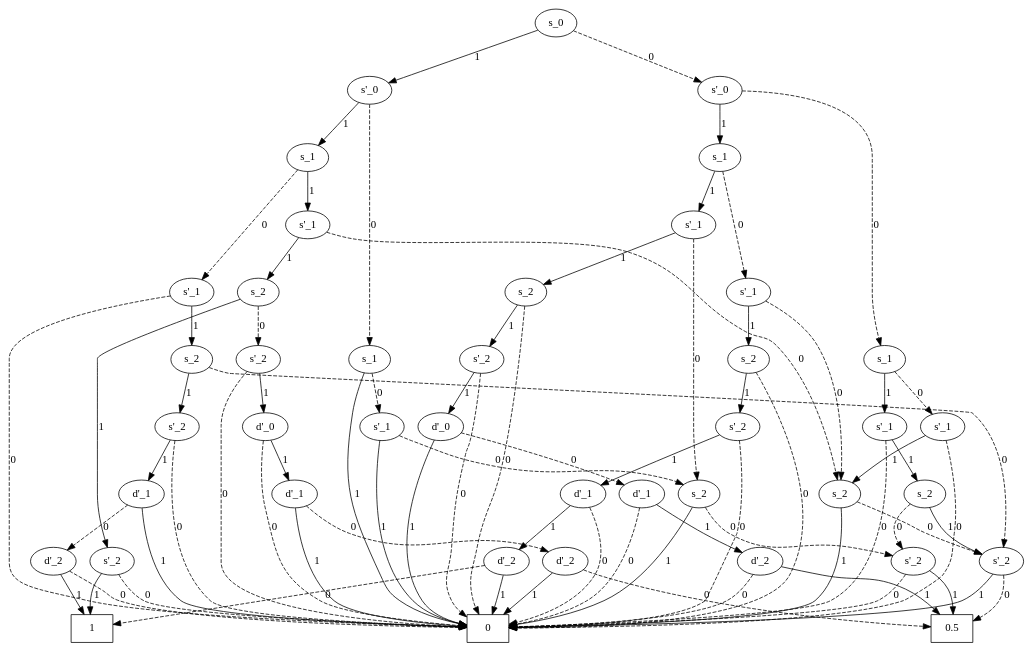
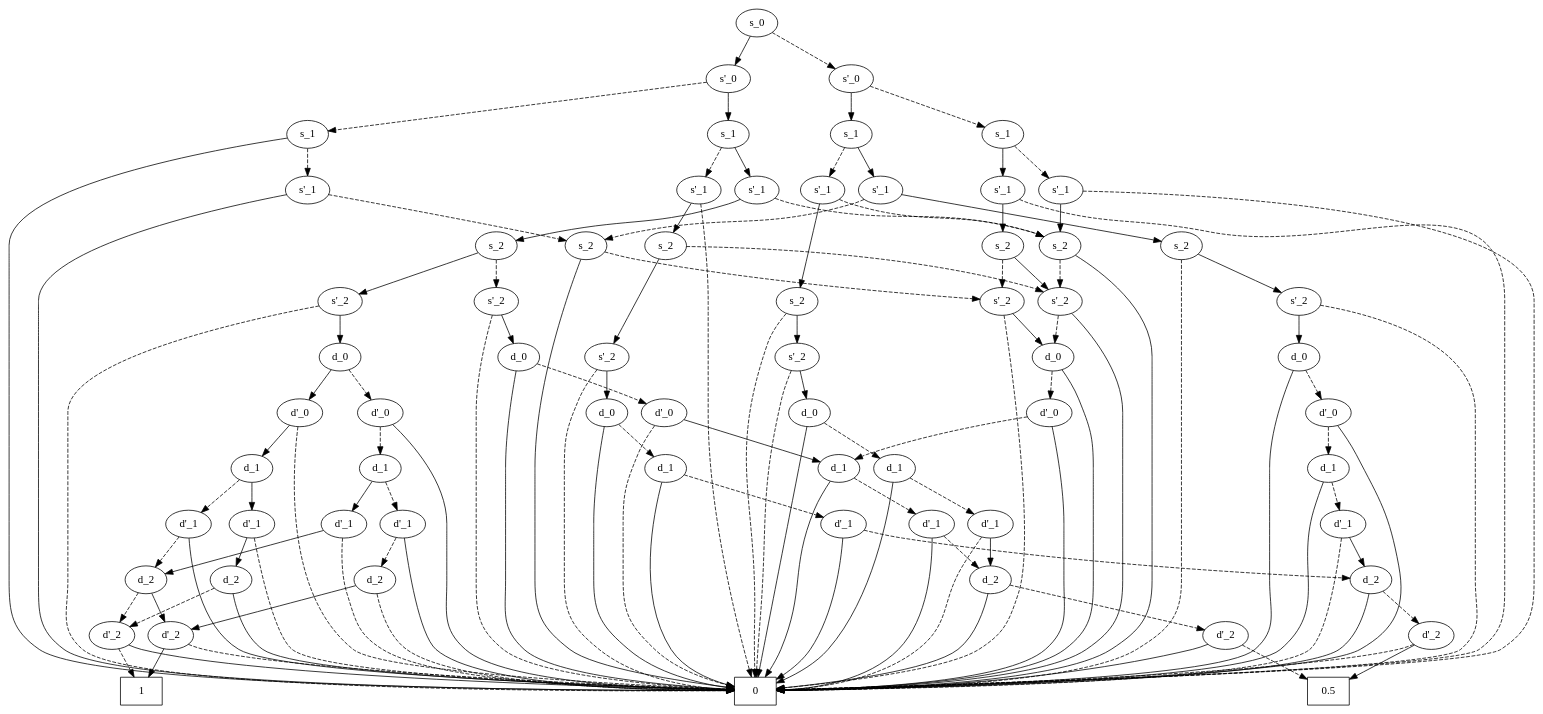
Before and after one commit to BrandonTang89/prism-rs: the diagram in tmp.dot, drawn with Graphviz. The commit also changed 9 other files, not shown here.

```diff
--- a/tmp.dot
+++ b/tmp.dot
@@ -1,120 +1,192 @@
 digraph ADD {
   rankdir=TB;
   n0 [shape=ellipse,label="s_0"];
-  n0 -> n1 [label="1"];
-  n0 -> n2 [label="0",style=dashed];
+  n0 -> n1;
+  n0 -> n2 [style=dashed];
   n1 [shape=ellipse,label="s'_0"];
-  n1 -> n3 [label="1"];
-  n1 -> n4 [label="0",style=dashed];
+  n1 -> n3;
+  n1 -> n4 [style=dashed];
   n3 [shape=ellipse,label="s_1"];
-  n3 -> n5 [label="1"];
-  n3 -> n6 [label="0",style=dashed];
+  n3 -> n5;
+  n3 -> n6 [style=dashed];
   n5 [shape=ellipse,label="s'_1"];
-  n5 -> n7 [label="1"];
-  n5 -> n8 [label="0",style=dashed];
+  n5 -> n7;
+  n5 -> n8 [style=dashed];
   n7 [shape=ellipse,label="s_2"];
-  n7 -> n9 [label="1"];
-  n7 -> n10 [label="0",style=dashed];
+  n7 -> n9;
+  n7 -> n10 [style=dashed];
   n9 [shape=ellipse,label="s'_2"];
-  n9 -> n11 [label="1"];
-  n9 -> n12 [label="0",style=dashed];
-  n11 [shape=box,label="1"];
+  n9 -> n11;
+  n9 -> n12 [style=dashed];
+  n11 [shape=ellipse,label="d_0"];
+  n11 -> n13;
+  n11 -> n14 [style=dashed];
+  n13 [shape=ellipse,label="d'_0"];
+  n13 -> n15;
+  n13 -> n12 [style=dashed];
+  n15 [shape=ellipse,label="d_1"];
+  n15 -> n16;
+  n15 -> n17 [style=dashed];
+  n16 [shape=ellipse,label="d'_1"];
+  n16 -> n18;
+  n16 -> n12 [style=dashed];
+  n18 [shape=ellipse,label="d_2"];
+  n18 -> n12;
+  n18 -> n19 [style=dashed];
   n12 [shape=box,label="0"];
+  n19 [shape=ellipse,label="d'_2"];
+  n19 -> n12;
+  n19 -> n20 [style=dashed];
+  n20 [shape=box,label="1"];
+  n17 [shape=ellipse,label="d'_1"];
+  n17 -> n12;
+  n17 -> n21 [style=dashed];
+  n21 [shape=ellipse,label="d_2"];
+  n21 -> n22;
+  n21 -> n19 [style=dashed];
+  n22 [shape=ellipse,label="d'_2"];
+  n22 -> n20;
+  n22 -> n12 [style=dashed];
+  n14 [shape=ellipse,label="d'_0"];
+  n14 -> n12;
+  n14 -> n23 [style=dashed];
+  n23 [shape=ellipse,label="d_1"];
+  n23 -> n24;
+  n23 -> n25 [style=dashed];
+  n24 [shape=ellipse,label="d'_1"];
+  n24 -> n21;
+  n24 -> n12 [style=dashed];
+  n25 [shape=ellipse,label="d'_1"];
+  n25 -> n12;
+  n25 -> n26 [style=dashed];
+  n26 [shape=ellipse,label="d_2"];
+  n26 -> n22;
+  n26 -> n12 [style=dashed];
   n10 [shape=ellipse,label="s'_2"];
-  n10 -> n13 [label="1"];
-  n10 -> n12 [label="0",style=dashed];
-  n13 [shape=ellipse,label="d'_0"];
-  n13 -> n14 [label="1"];
-  n13 -> n12 [label="0",style=dashed];
-  n14 [shape=ellipse,label="d'_1"];
-  n14 -> n12 [label="1"];
-  n14 -> n15 [label="0",style=dashed];
-  n15 [shape=ellipse,label="d'_2"];
-  n15 -> n12 [label="1"];
-  n15 -> n16 [label="0",style=dashed];
-  n16 [shape=box,label="0.5"];
+  n10 -> n27;
+  n10 -> n12 [style=dashed];
+  n27 [shape=ellipse,label="d_0"];
+  n27 -> n12;
+  n27 -> n28 [style=dashed];
+  n28 [shape=ellipse,label="d'_0"];
+  n28 -> n29;
+  n28 -> n12 [style=dashed];
+  n29 [shape=ellipse,label="d_1"];
+  n29 -> n12;
+  n29 -> n30 [style=dashed];
+  n30 [shape=ellipse,label="d'_1"];
+  n30 -> n12;
+  n30 -> n31 [style=dashed];
+  n31 [shape=ellipse,label="d_2"];
+  n31 -> n12;
+  n31 -> n32 [style=dashed];
+  n32 [shape=ellipse,label="d'_2"];
+  n32 -> n12;
+  n32 -> n33 [style=dashed];
+  n33 [shape=box,label="0.5"];
   n8 [shape=ellipse,label="s_2"];
-  n8 -> n12 [label="1"];
-  n8 -> n17 [label="0",style=dashed];
-  n17 [shape=ellipse,label="s'_2"];
-  n17 -> n12 [label="1"];
-  n17 -> n16 [label="0",style=dashed];
+  n8 -> n12;
+  n8 -> n34 [style=dashed];
+  n34 [shape=ellipse,label="s'_2"];
+  n34 -> n12;
+  n34 -> n35 [style=dashed];
+  n35 [shape=ellipse,label="d_0"];
+  n35 -> n12;
+  n35 -> n36 [style=dashed];
+  n36 [shape=ellipse,label="d'_0"];
+  n36 -> n12;
+  n36 -> n29 [style=dashed];
   n6 [shape=ellipse,label="s'_1"];
-  n6 -> n18 [label="1"];
-  n6 -> n12 [label="0",style=dashed];
-  n18 [shape=ellipse,label="s_2"];
-  n18 -> n19 [label="1"];
-  n18 -> n17 [label="0",style=dashed];
-  n19 [shape=ellipse,label="s'_2"];
-  n19 -> n20 [label="1"];
-  n19 -> n12 [label="0",style=dashed];
-  n20 [shape=ellipse,label="d'_1"];
-  n20 -> n12 [label="1"];
-  n20 -> n21 [label="0",style=dashed];
-  n21 [shape=ellipse,label="d'_2"];
-  n21 -> n11 [label="1"];
-  n21 -> n12 [label="0",style=dashed];
+  n6 -> n37;
+  n6 -> n12 [style=dashed];
+  n37 [shape=ellipse,label="s_2"];
+  n37 -> n38;
+  n37 -> n34 [style=dashed];
+  n38 [shape=ellipse,label="s'_2"];
+  n38 -> n39;
+  n38 -> n12 [style=dashed];
+  n39 [shape=ellipse,label="d_0"];
+  n39 -> n12;
+  n39 -> n40 [style=dashed];
+  n40 [shape=ellipse,label="d_1"];
+  n40 -> n12;
+  n40 -> n41 [style=dashed];
+  n41 [shape=ellipse,label="d'_1"];
+  n41 -> n12;
+  n41 -> n42 [style=dashed];
+  n42 [shape=ellipse,label="d_2"];
+  n42 -> n12;
+  n42 -> n43 [style=dashed];
+  n43 [shape=ellipse,label="d'_2"];
+  n43 -> n33;
+  n43 -> n12 [style=dashed];
   n4 [shape=ellipse,label="s_1"];
-  n4 -> n12 [label="1"];
-  n4 -> n22 [label="0",style=dashed];
-  n22 [shape=ellipse,label="s'_1"];
-  n22 -> n12 [label="1"];
-  n22 -> n23 [label="0",style=dashed];
-  n23 [shape=ellipse,label="s_2"];
-  n23 -> n12 [label="1"];
-  n23 -> n24 [label="0",style=dashed];
-  n24 [shape=ellipse,label="s'_2"];
-  n24 -> n16 [label="1"];
-  n24 -> n12 [label="0",style=dashed];
+  n4 -> n12;
+  n4 -> n44 [style=dashed];
+  n44 [shape=ellipse,label="s'_1"];
+  n44 -> n12;
+  n44 -> n45 [style=dashed];
+  n45 [shape=ellipse,label="s_2"];
+  n45 -> n12;
+  n45 -> n46 [style=dashed];
+  n46 [shape=ellipse,label="s'_2"];
+  n46 -> n35;
+  n46 -> n12 [style=dashed];
   n2 [shape=ellipse,label="s'_0"];
-  n2 -> n25 [label="1"];
-  n2 -> n26 [label="0",style=dashed];
-  n25 [shape=ellipse,label="s_1"];
-  n25 -> n27 [label="1"];
-  n25 -> n28 [label="0",style=dashed];
-  n27 [shape=ellipse,label="s'_1"];
-  n27 -> n29 [label="1"];
-  n27 -> n23 [label="0",style=dashed];
-  n29 [shape=ellipse,label="s_2"];
-  n29 -> n30 [label="1"];
-  n29 -> n12 [label="0",style=dashed];
-  n30 [shape=ellipse,label="s'_2"];
-  n30 -> n31 [label="1"];
-  n30 -> n12 [label="0",style=dashed];
-  n31 [shape=ellipse,label="d'_0"];
-  n31 -> n12 [label="1"];
-  n31 -> n32 [label="0",style=dashed];
-  n32 [shape=ellipse,label="d'_1"];
-  n32 -> n33 [label="1"];
-  n32 -> n12 [label="0",style=dashed];
-  n33 [shape=ellipse,label="d'_2"];
-  n33 -> n16 [label="1"];
-  n33 -> n12 [label="0",style=dashed];
-  n28 [shape=ellipse,label="s'_1"];
-  n28 -> n34 [label="1"];
-  n28 -> n8 [label="0",style=dashed];
-  n34 [shape=ellipse,label="s_2"];
-  n34 -> n35 [label="1"];
-  n34 -> n12 [label="0",style=dashed];
-  n35 [shape=ellipse,label="s'_2"];
-  n35 -> n36 [label="1"];
-  n35 -> n12 [label="0",style=dashed];
-  n36 [shape=ellipse,label="d'_1"];
-  n36 -> n37 [label="1"];
-  n36 -> n12 [label="0",style=dashed];
-  n37 [shape=ellipse,label="d'_2"];
-  n37 -> n12 [label="1"];
-  n37 -> n11 [label="0",style=dashed];
-  n26 [shape=ellipse,label="s_1"];
-  n26 -> n38 [label="1"];
-  n26 -> n39 [label="0",style=dashed];
-  n38 [shape=ellipse,label="s'_1"];
-  n38 -> n40 [label="1"];
-  n38 -> n12 [label="0",style=dashed];
-  n40 [shape=ellipse,label="s_2"];
-  n40 -> n17 [label="1"];
-  n40 -> n24 [label="0",style=dashed];
-  n39 [shape=ellipse,label="s'_1"];
-  n39 -> n8 [label="1"];
-  n39 -> n12 [label="0",style=dashed];
+  n2 -> n47;
+  n2 -> n48 [style=dashed];
+  n47 [shape=ellipse,label="s_1"];
+  n47 -> n49;
+  n47 -> n50 [style=dashed];
+  n49 [shape=ellipse,label="s'_1"];
+  n49 -> n51;
+  n49 -> n45 [style=dashed];
+  n51 [shape=ellipse,label="s_2"];
+  n51 -> n52;
+  n51 -> n12 [style=dashed];
+  n52 [shape=ellipse,label="s'_2"];
+  n52 -> n53;
+  n52 -> n12 [style=dashed];
+  n53 [shape=ellipse,label="d_0"];
+  n53 -> n12;
+  n53 -> n54 [style=dashed];
+  n54 [shape=ellipse,label="d'_0"];
+  n54 -> n12;
+  n54 -> n55 [style=dashed];
+  n55 [shape=ellipse,label="d_1"];
+  n55 -> n12;
+  n55 -> n56 [style=dashed];
+  n56 [shape=ellipse,label="d'_1"];
+  n56 -> n42;
+  n56 -> n12 [style=dashed];
+  n50 [shape=ellipse,label="s'_1"];
+  n50 -> n57;
+  n50 -> n8 [style=dashed];
+  n57 [shape=ellipse,label="s_2"];
+  n57 -> n58;
+  n57 -> n12 [style=dashed];
+  n58 [shape=ellipse,label="s'_2"];
+  n58 -> n59;
+  n58 -> n12 [style=dashed];
+  n59 [shape=ellipse,label="d_0"];
+  n59 -> n12;
+  n59 -> n60 [style=dashed];
+  n60 [shape=ellipse,label="d_1"];
+  n60 -> n12;
+  n60 -> n61 [style=dashed];
+  n61 [shape=ellipse,label="d'_1"];
+  n61 -> n31;
+  n61 -> n12 [style=dashed];
+  n48 [shape=ellipse,label="s_1"];
+  n48 -> n62;
+  n48 -> n63 [style=dashed];
+  n62 [shape=ellipse,label="s'_1"];
+  n62 -> n64;
+  n62 -> n12 [style=dashed];
+  n64 [shape=ellipse,label="s_2"];
+  n64 -> n34;
+  n64 -> n46 [style=dashed];
+  n63 [shape=ellipse,label="s'_1"];
+  n63 -> n8;
+  n63 -> n12 [style=dashed];
 }
```
